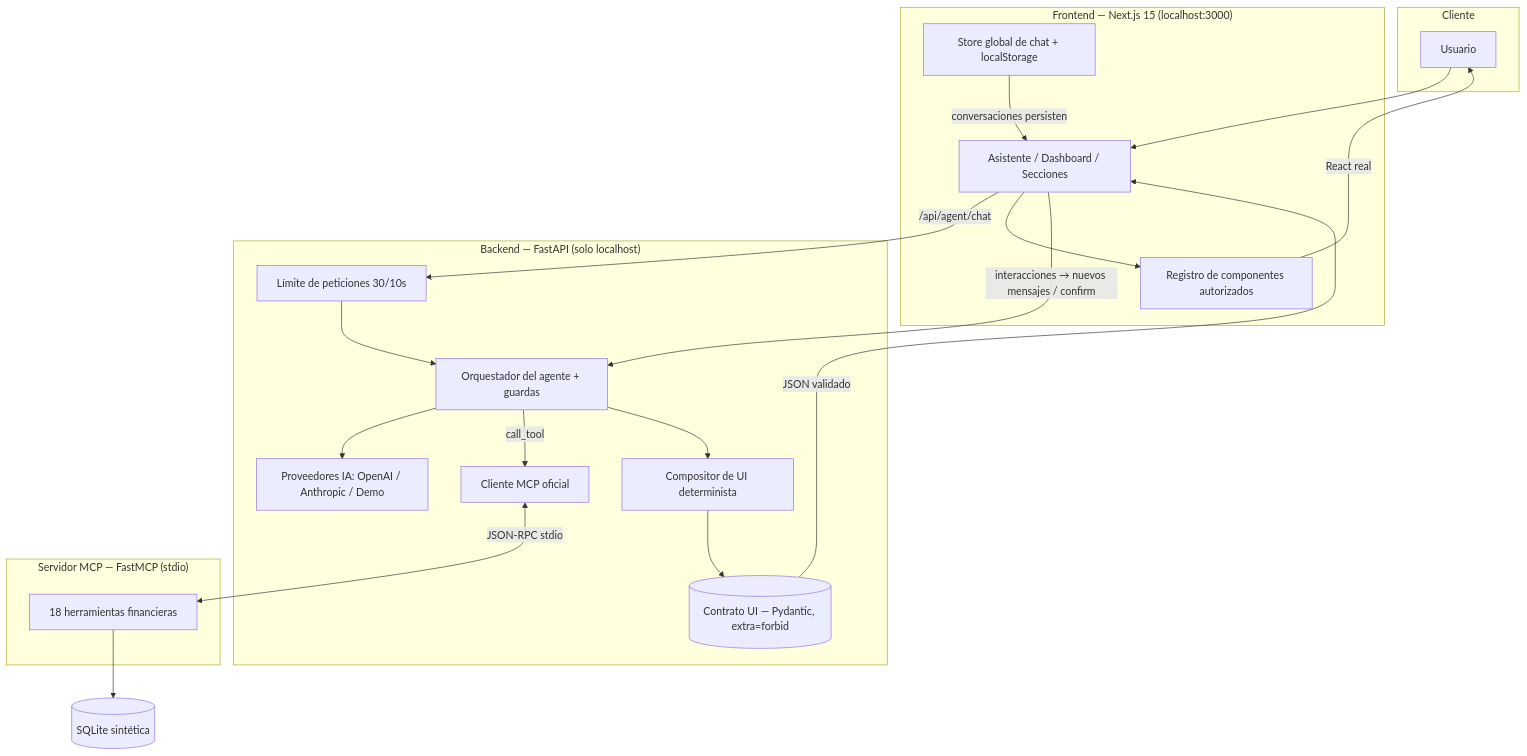
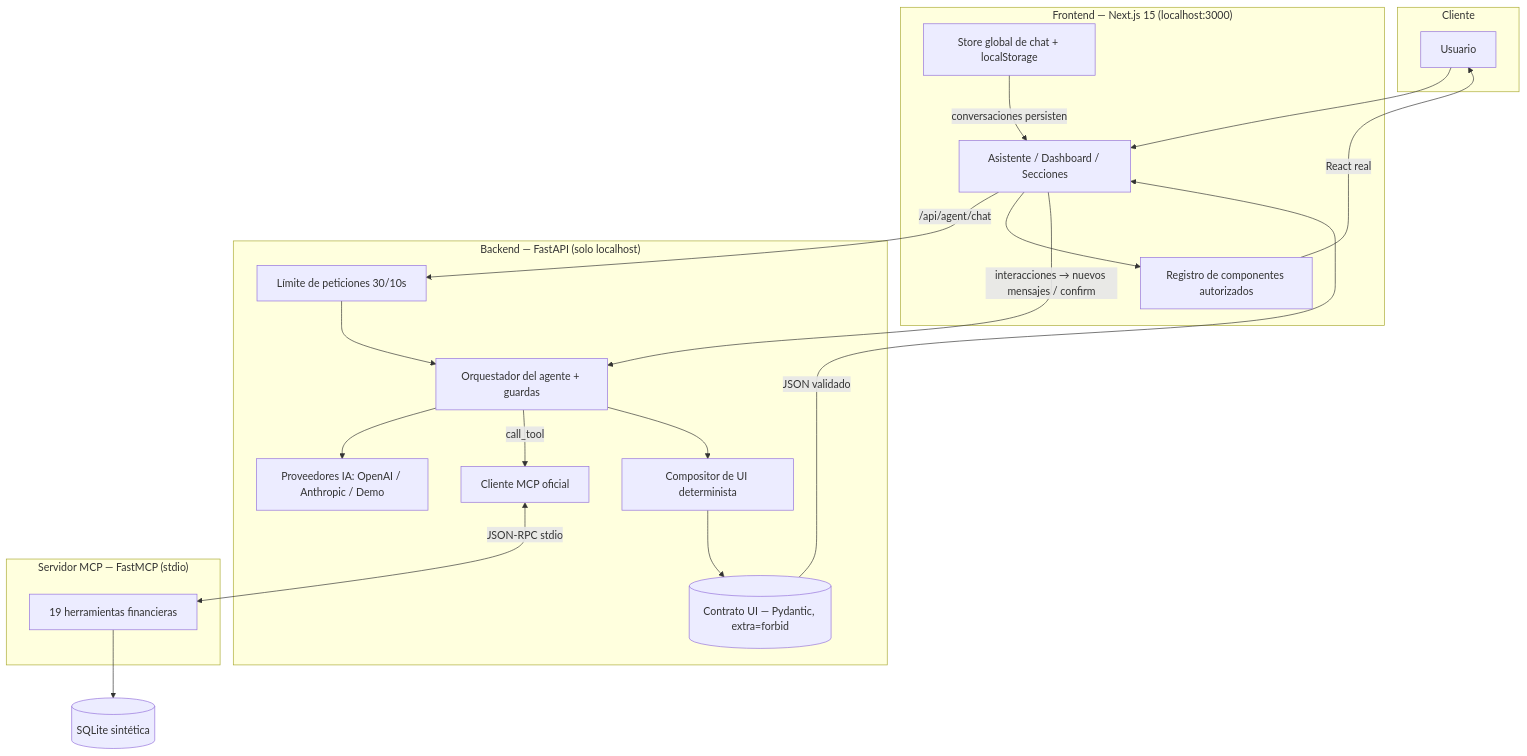
One commit to rocketquee/PROYECTO-BANORTE-HACK2026 changed the diagram in docs/ARQUITECTURA.md. Above: the diagram before and after it, drawn with Mermaid. The commit also changed other lines of this file and 15 other files, not shown here.

````diff
--- a/docs/ARQUITECTURA.md
+++ b/docs/ARQUITECTURA.md
@@ -9,35 +9,35 @@
 ```mermaid
 flowchart TB
     subgraph Cliente
         U[Usuario]
     end
     subgraph Frontend["Frontend — Next.js 15 (localhost:3000)"]
         V[Asistente / Dashboard / Secciones]
         R[Registro de componentes autorizados]
         K[Store global de chat + localStorage]
     end
     subgraph Backend["Backend — FastAPI (solo localhost)"]
         A[Orquestador del agente + guardas]
         C[Compositor de UI determinista]
         S[(Contrato UI — Pydantic, extra=forbid)]
         P[Proveedores IA: OpenAI / Anthropic / Demo]
         M[Cliente MCP oficial]
         RL[Límite de peticiones 30/10s]
     end
     subgraph MCP["Servidor MCP — FastMCP (stdio)"]
-        T[18 herramientas financieras]
+        T[19 herramientas financieras]
     end
     DB[("SQLite sintética")]
 
     U --> V
     V -->|/api/agent/chat| RL --> A
     A --> P
     A -->|call_tool| M
     M <-->|"JSON-RPC stdio"| T
     T --> DB
     A --> C --> S
     S -->|"JSON validado"| V
     V --> R -->|React real| U
     K -->|"conversaciones persisten"| V
     V -->|"interacciones → nuevos mensajes / confirm"| A
 ```
````
